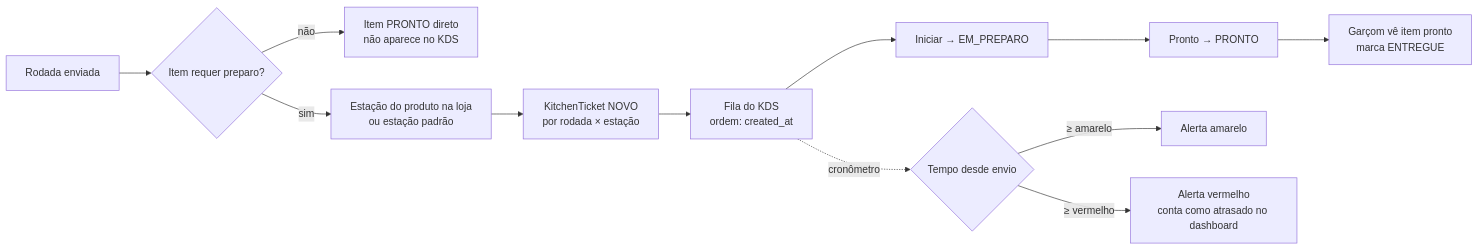
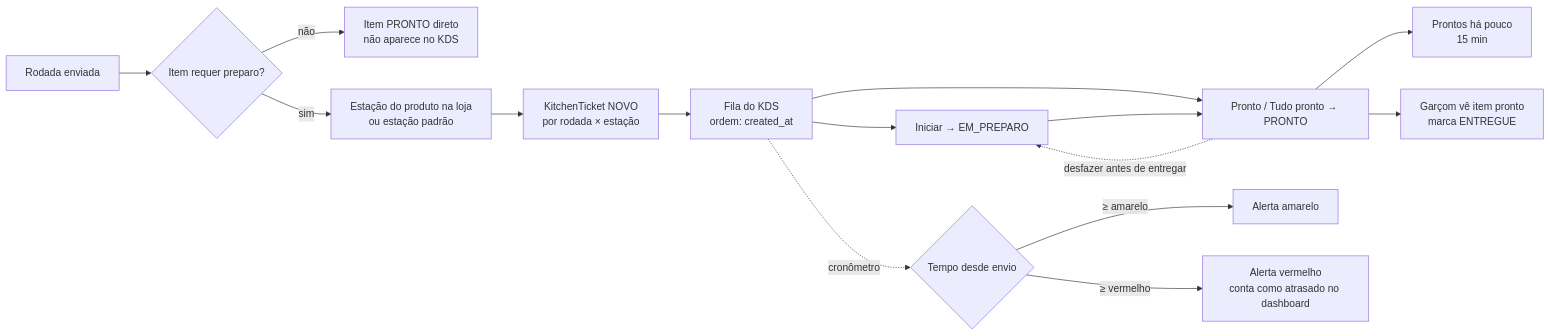
The diagram in maps/kitchen/fluxo-kds.md (marlonerick/erp-mesa-restaurante), drawn with Mermaid before and after one commit. The commit also changed other lines of this file and 73 other files, not shown here.

````diff
--- a/maps/kitchen/fluxo-kds.md
+++ b/maps/kitchen/fluxo-kds.md
@@ -3,14 +3,17 @@
 ```mermaid
 flowchart LR
   R[Rodada enviada] --> T{Item requer preparo?}
   T -- não --> PR[Item PRONTO direto<br/>não aparece no KDS]
   T -- sim --> ST[Estação do produto na loja<br/>ou estação padrão]
   ST --> TK[KitchenTicket NOVO<br/>por rodada × estação]
   TK --> Q[Fila do KDS<br/>ordem: created_at]
   Q --> IN[Iniciar → EM_PREPARO]
-  IN --> OK[Pronto → PRONTO]
+  Q --> OK
+  IN --> OK[Pronto / Tudo pronto → PRONTO]
+  OK -. desfazer antes de entregar .-> IN
+  OK --> RC[Prontos há pouco<br/>15 min]
   OK --> GA[Garçom vê item pronto<br/>marca ENTREGUE]
   Q -. cronômetro .-> AL{Tempo desde envio}
   AL -- ≥ amarelo --> Y[Alerta amarelo]
   AL -- ≥ vermelho --> V[Alerta vermelho<br/>conta como atrasado no dashboard]
 ```
````
